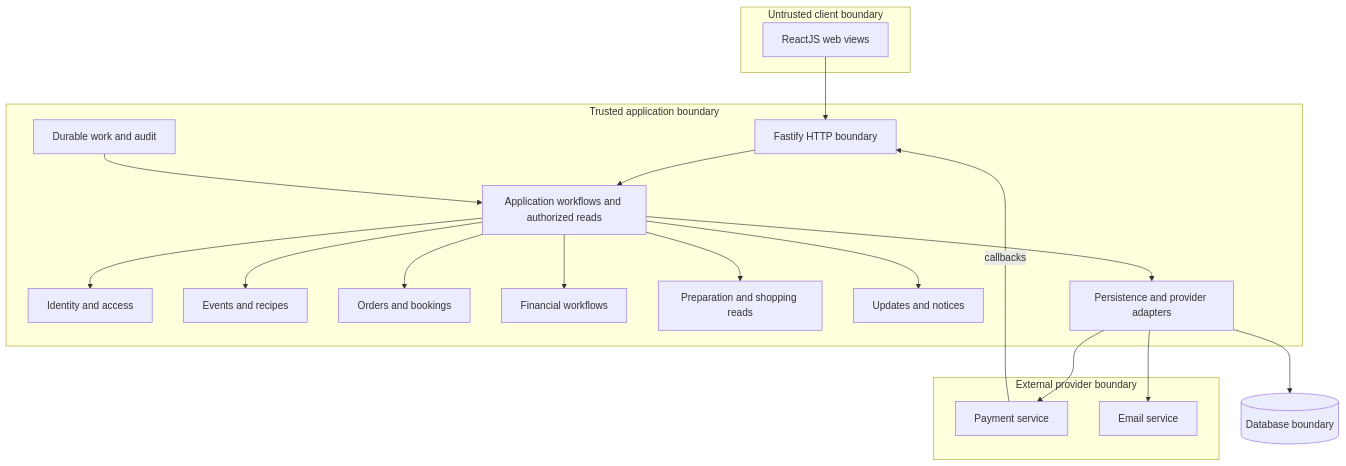
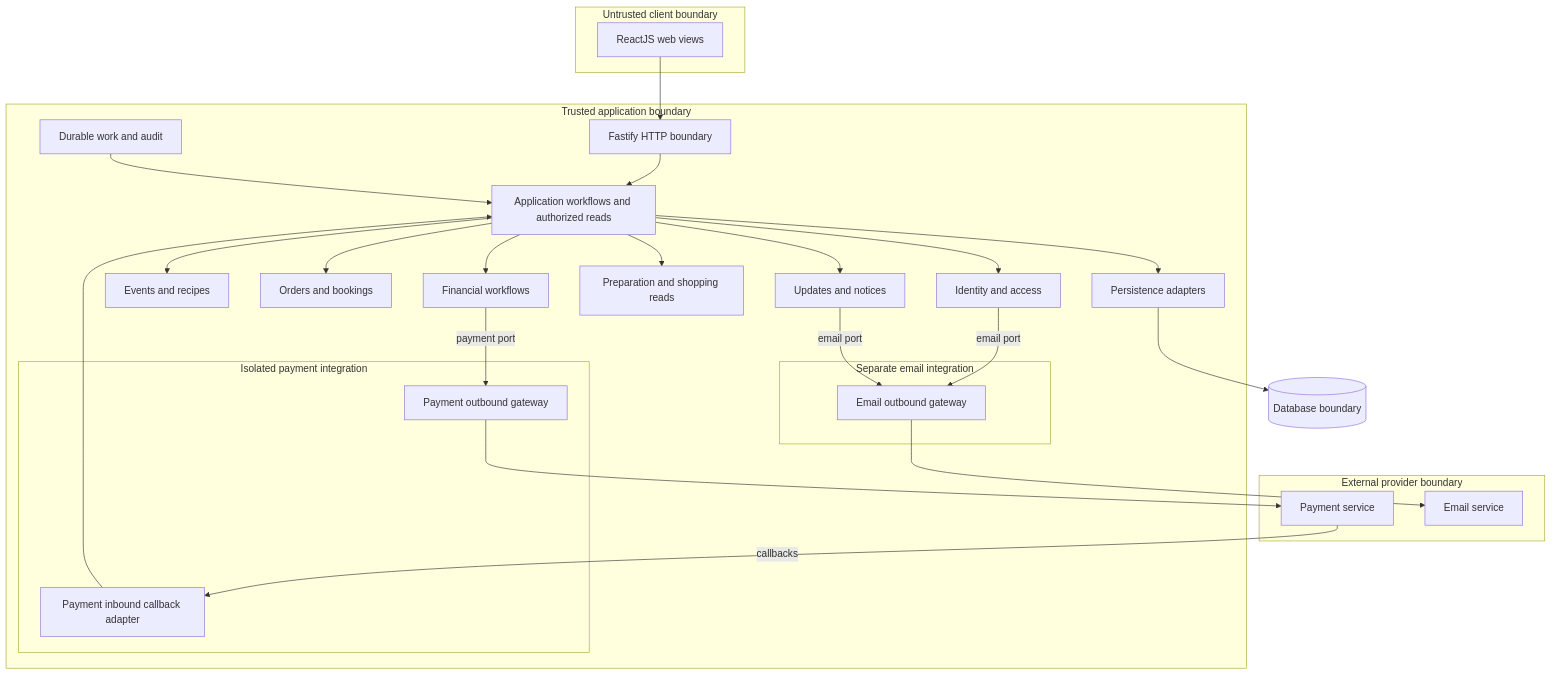
The first of 2 diagrams in ARCHITECTURE.md (jmanico/picky-party), drawn with Mermaid before and after one commit. The commit also changed other lines of this file, not shown here.

Commit message:
docs: isolate payment outbound gateway from email (#5)

````diff
--- a/ARCHITECTURE.md
+++ b/ARCHITECTURE.md
@@ -57,31 +61,43 @@
 ```mermaid
 flowchart TB
   subgraph Client[Untrusted client boundary]
     Web[ReactJS web views]
   end
   subgraph Server[Trusted application boundary]
     API[Fastify HTTP boundary]
     App[Application workflows and authorized reads]
     Identity[Identity and access]
     Events[Events and recipes]
     Orders[Orders and bookings]
     Finance[Financial workflows]
     Planning[Preparation and shopping reads]
     Notices[Updates and notices]
     Work[Durable work and audit]
-    Adapters[Persistence and provider adapters]
+    Persistence[Persistence adapters]
+    subgraph PaymentIntegration[Isolated payment integration]
+      PaymentGateway[Payment outbound gateway]
+      Callback[Payment inbound callback adapter]
+    end
+    subgraph EmailIntegration[Separate email integration]
+      EmailGateway[Email outbound gateway]
+    end
     API --> App
     App --> Identity & Events & Orders & Finance & Planning & Notices
     Work --> App
-    App --> Adapters
+    App --> Persistence
+    Finance -->|payment port| PaymentGateway
+    Identity -->|email port| EmailGateway
+    Notices -->|email port| EmailGateway
+    Callback --> App
   end
   DB[(Database boundary)]
   subgraph External[External provider boundary]
     Payment[Payment service]
     Email[Email service]
   end
   Web --> API
-  Payment -->|callbacks| API
-  Adapters --> DB
-  Adapters --> Payment & Email
+  Payment -->|callbacks| Callback
+  Persistence --> DB
+  PaymentGateway --> Payment
+  EmailGateway --> Email
 ```
````
